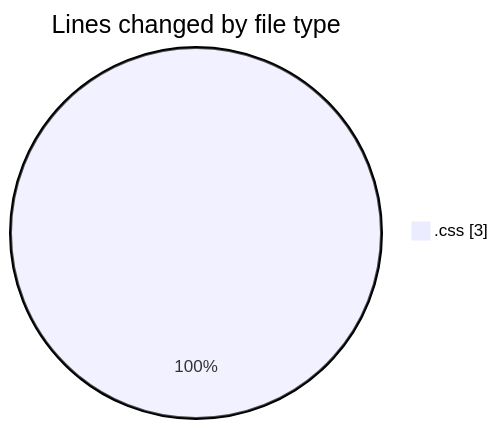
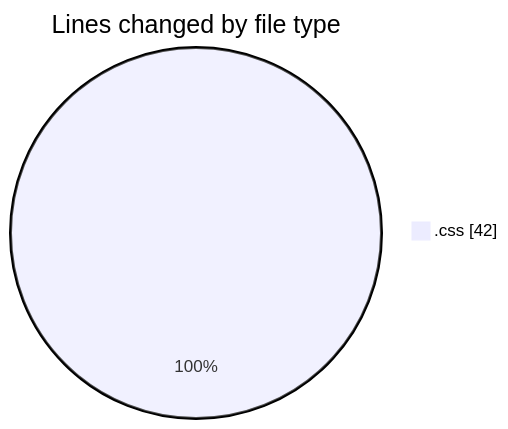
One commit to Elitesun/code-tracking changed the first of 2 diagrams in 2025-01-31/react/README.md. Above: the diagram before and after it, drawn with Mermaid. The commit also changed other lines of this file and 1 other file, not shown here.

````diff
--- a/2025-01-31/react/README.md
+++ b/2025-01-31/react/README.md
@@ -20,5 +20,5 @@
 ```mermaid
 pie showData
 title Lines changed by file type
-".css" : 3
+".css" : 42
 ```
````
